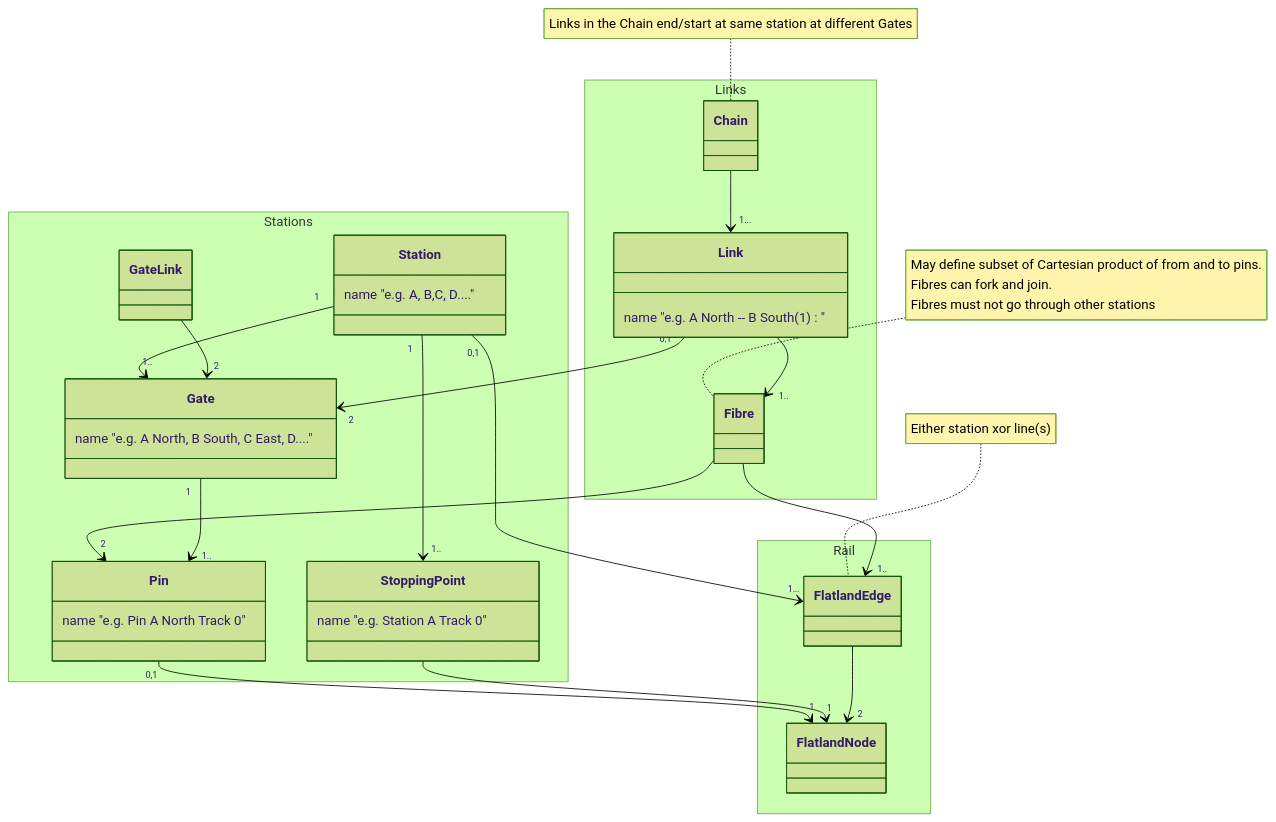
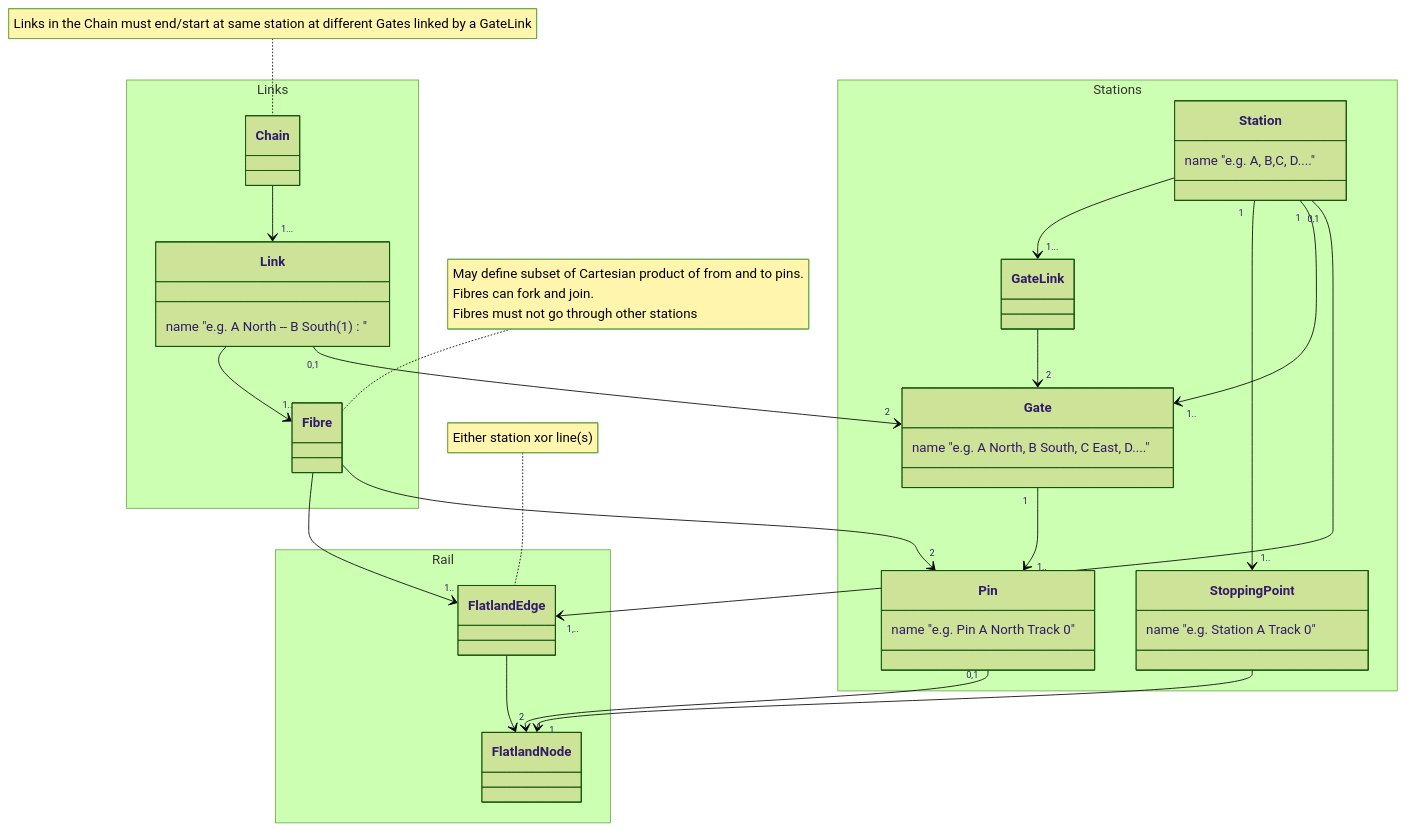
The diagram in environment/environment/stations_links.md (flatland-association/flatland-book), drawn with Mermaid (forest theme) before and after one commit. The commit also changed other lines of this file, not shown here.

Commit message:
docs: stations and links data model for pr 441.

````diff
--- a/environment/environment/stations_links.md
+++ b/environment/environment/stations_links.md
@@ -31,55 +31,56 @@
 ```mermaid
 classDiagram
     namespace Links {
         class Link {
             name "e.g. A North -- B South (1)"
         }
         class Fibre {
         }
         class Chain {
         }
     }
     namespace Stations {
         class Station {
             name "e.g. A, B,C, D...."
         }
 
         class Gate {
             name "e.g. A North, B South, C East, D...."
         }
 
         class Pin {
             name "e.g. Pin A North Track 0"
         }
 
         class StoppingPoint {
             name "e.g. Station A Track 0"
         }
 
         class GateLink {
         }
     }
 
     Pin "0,1" --> "1" FlatlandNode
     Station "0,1" --> "1,.." FlatlandEdge
     Link "0,1" --> "2" Gate
     Link --> "1.." Fibre
     StoppingPoint --> "1" FlatlandNode
     FlatlandEdge --> "2" FlatlandNode
     Fibre --> "2" Pin
     Fibre --> "1.." FlatlandEdge
     Station "1" --> "1.." Gate
     Station "1" --> "1.." StoppingPoint
     Gate "1" --> "1.." Pin
     Chain --> "1..." Link
     GateLink --> "2" Gate
+  Station --> "1..." GateLink
 
     namespace Rail {
         class FlatlandNode
         class FlatlandEdge
     }
     note for FlatlandEdge "Either station xor line(s)"
     note for Fibre "May define subset of Cartesian product of from and to pins.<br/>Fibres can fork and join.<br/>Fibres must not go through other stations"
-    note for Chain "Links in the Chain end/start at same station at different Gates" 
+  note for Chain "Links in the Chain must end/start at same station at different Gates linked by a GateLink"
 
 ```
````
